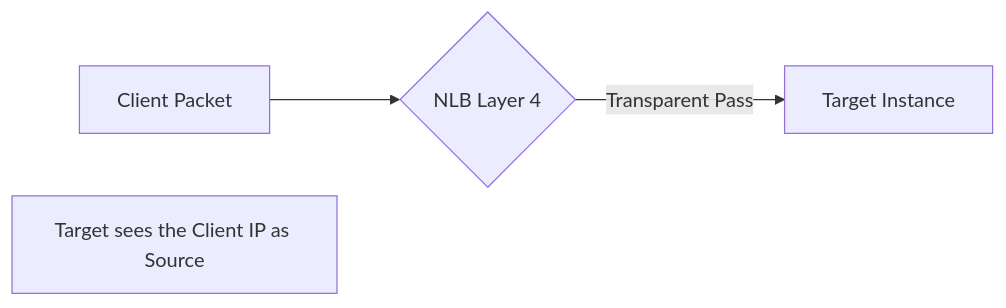
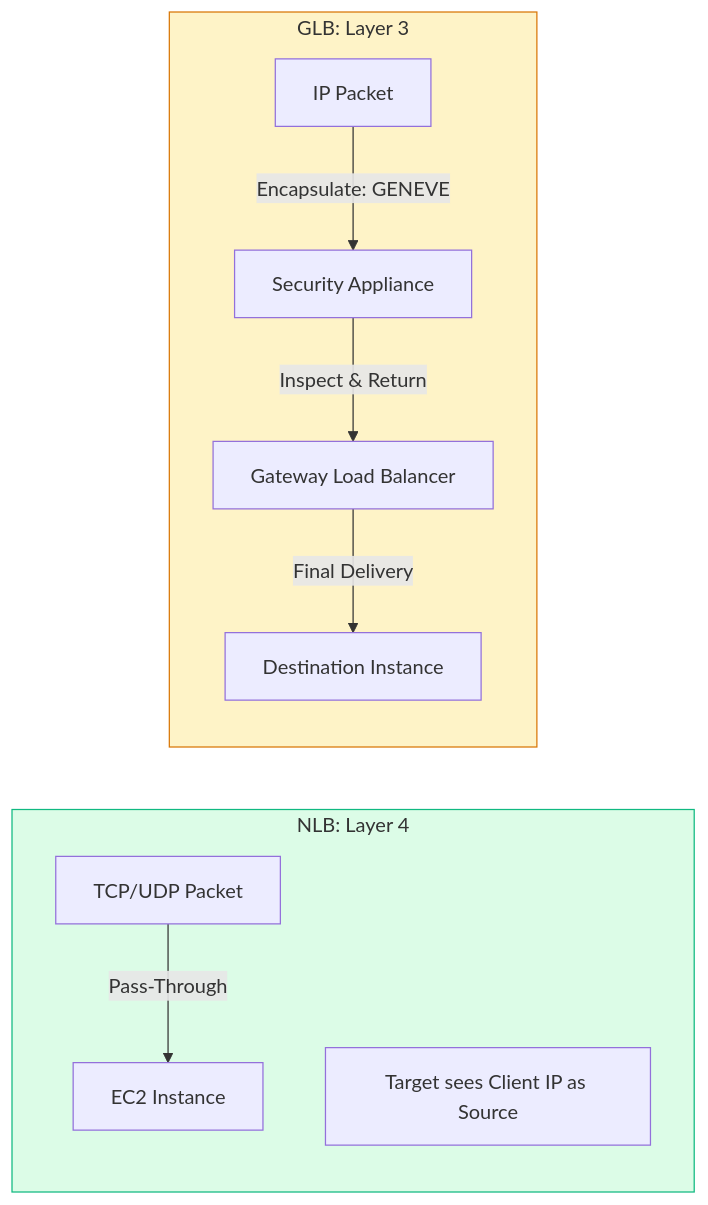
One commit to Ganil151/Devops changed the diagram in 2-Intermediate/01-Phase-1/01-Networking/07-Load-Balancing-ALB-NLB/03-NLB-and-GLB-Architecture/README.md. Above: the diagram before and after it, drawn with Mermaid. The commit also changed other lines of this file and 51 other files, not shown here.

````diff
--- a/2-Intermediate/01-Phase-1/01-Networking/07-Load-Balancing-ALB-NLB/03-NLB-and-GLB-Architecture/README.md
+++ b/2-Intermediate/01-Phase-1/01-Networking/07-Load-Balancing-ALB-NLB/03-NLB-and-GLB-Architecture/README.md
@@ -16,6 +5,16 @@
 ```mermaid
 graph LR
-    Client[Client Packet] --> NLB{NLB Layer 4}
-    NLB -->|Transparent Pass| Target[Target Instance]
-    Note[Target sees the Client IP as Source]
+    subgraph NLB_Architecture[NLB: Layer 4]
+        Client_TCP[TCP/UDP Packet] -->|Pass-Through| Target_EC2[EC2 Instance]
+        Note_NLB[Target sees Client IP as Source]
+    end
+
+    subgraph GLB_Architecture[GLB: Layer 3]
+        Client_IP[IP Packet] -->|Encapsulate: GENEVE| Firewall[Security Appliance]
+        Firewall -->|Inspect & Return| GLB[Gateway Load Balancer]
+        GLB -->|Final Delivery| App_EC2[Destination Instance]
+    end
+
+    style NLB_Architecture fill:#dcfce7,stroke:#10b981
+    style GLB_Architecture fill:#fef3c7,stroke:#d97706
 ```
````
